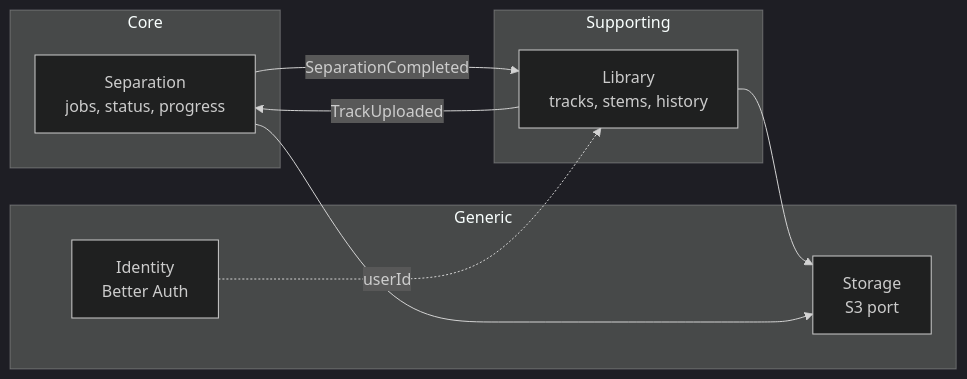
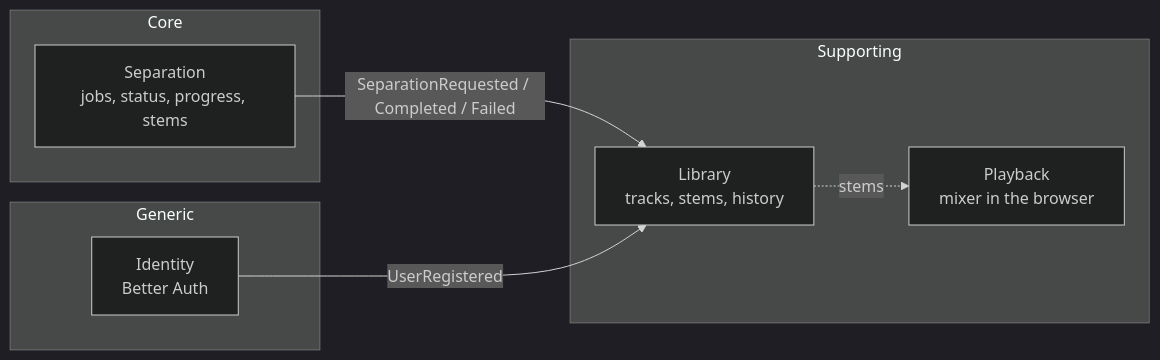
Before and after one commit to llOrtegall/unmix: the first of 2 diagrams in docs/06-domain.md, drawn with Mermaid (dark theme). The commit also changed other lines of this file and 3 other files, not shown here.

Commit message:
docs: describe the clean-architecture layout and the current domain

````diff
--- a/docs/06-domain.md
+++ b/docs/06-domain.md
@@ -21,18 +21,16 @@
 ```mermaid
 flowchart LR
   subgraph Core
-    S[Separation<br/>jobs, status, progress]
+    S[Separation<br/>jobs, status, progress, stems]
   end
   subgraph Supporting
     L[Library<br/>tracks, stems, history]
+    P[Playback<br/>mixer in the browser]
   end
   subgraph Generic
     I[Identity<br/>Better Auth]
-    ST[Storage<br/>S3 port]
   end
-  L -- TrackUploaded --> S
-  S -- SeparationCompleted --> L
-  I -. userId .-> L
-  L --> ST
-  S --> ST
+  S -- SeparationRequested / Completed / Failed --> L
+  I -- UserRegistered --> L
+  L -. stems .-> P
 ```
````
